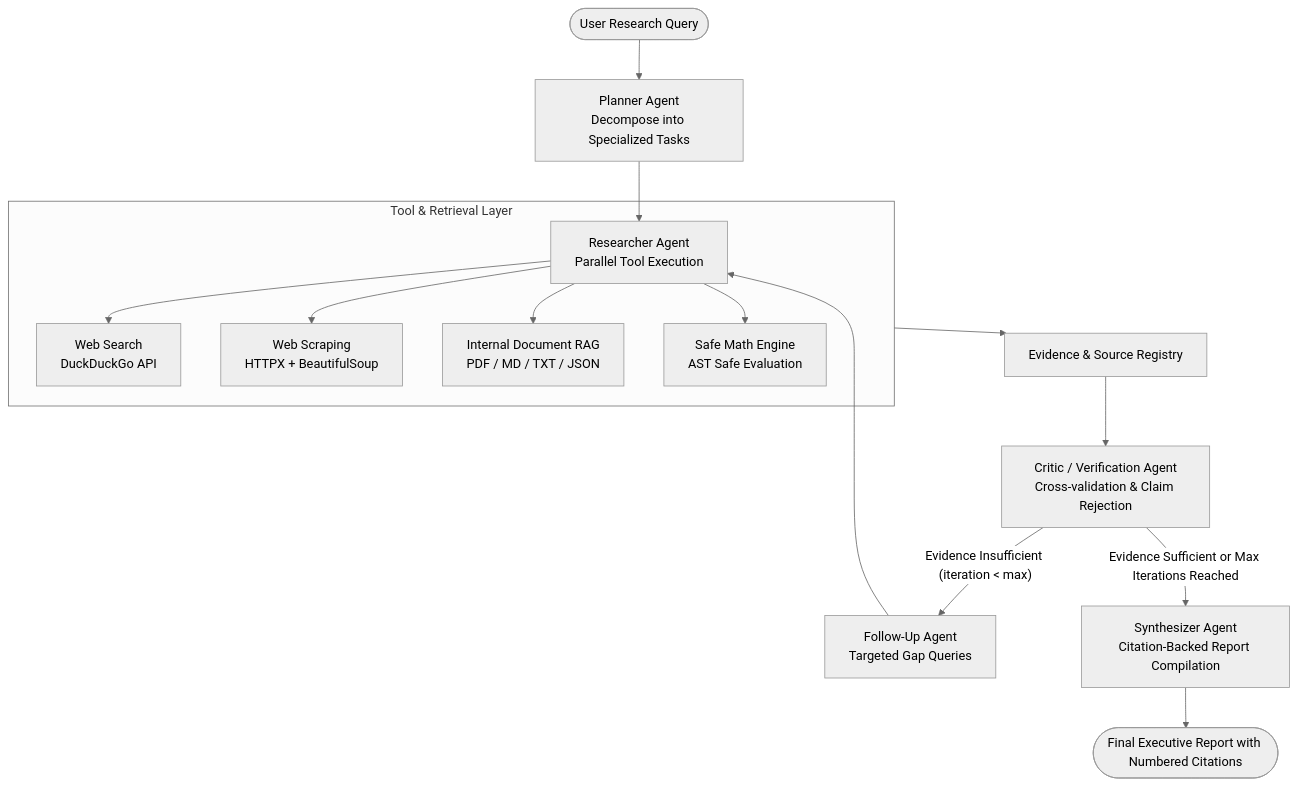
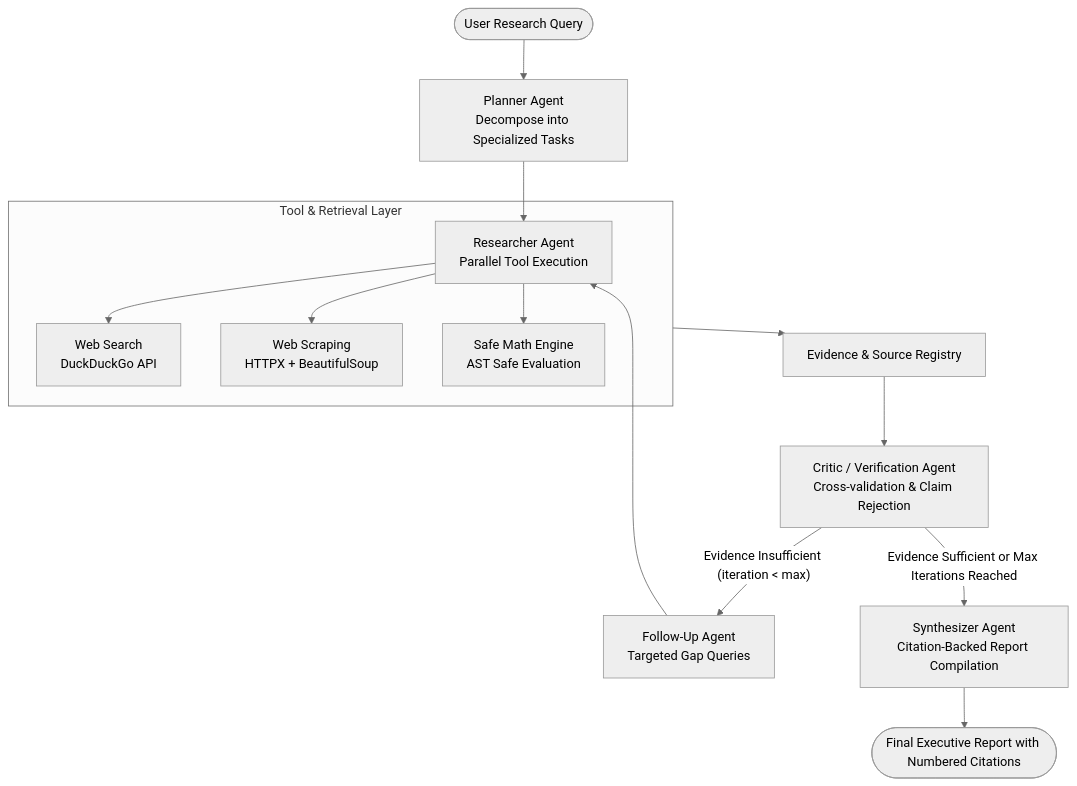
One commit to RajGehlot28/Research_Agents changed the diagram in README.md. Above: the diagram before and after it, drawn with Mermaid (neutral theme). The commit also changed other lines of this file and 14 other files, not shown here.

````diff
--- a/README.md
+++ b/README.md
@@ -29,21 +29,20 @@
 ```mermaid
 flowchart TD
     UserQuery([User Research Query]) --> Planner[Planner Agent\nDecompose into Specialized Tasks]
     Planner --> Researcher[Researcher Agent\nParallel Tool Execution]
 
     subgraph ToolRegistry [Tool & Retrieval Layer]
         Researcher --> WebSearch[Web Search\nDuckDuckGo API]
         Researcher --> WebFetch[Web Scraping\nHTTPX + BeautifulSoup]
-        Researcher --> LocalRAG[Internal Document RAG\nPDF / MD / TXT / JSON]
         Researcher --> Calc[Safe Math Engine\nAST Safe Evaluation]
     end
 
     ToolRegistry --> Evidence[Evidence & Source Registry]
     Evidence --> Critic[Critic / Verification Agent\nCross-validation & Claim Rejection]
 
     Critic -- "Evidence Insufficient (iteration < max)" --> FollowUp[Follow-Up Agent\nTargeted Gap Queries]
     FollowUp --> Researcher
 
     Critic -- "Evidence Sufficient or Max Iterations Reached" --> Synthesizer[Synthesizer Agent\nCitation-Backed Report Compilation]
     Synthesizer --> Output([Final Executive Report with Numbered Citations])
 ```
````
